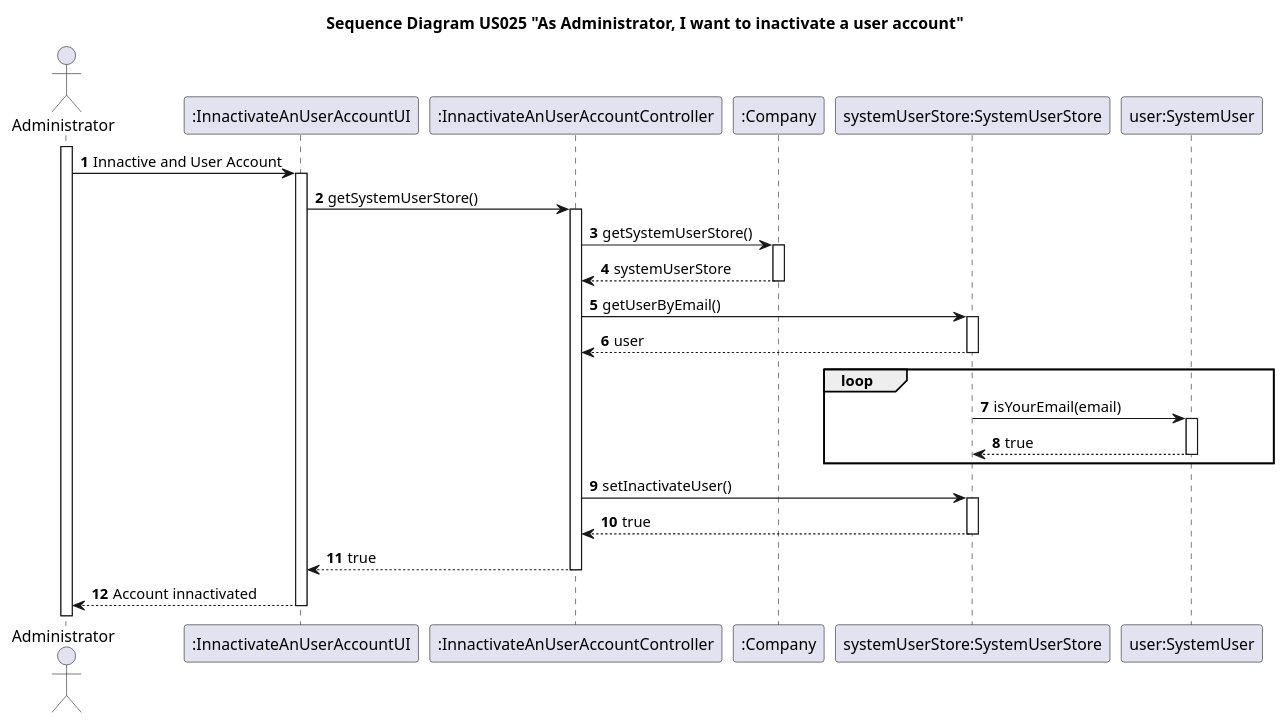
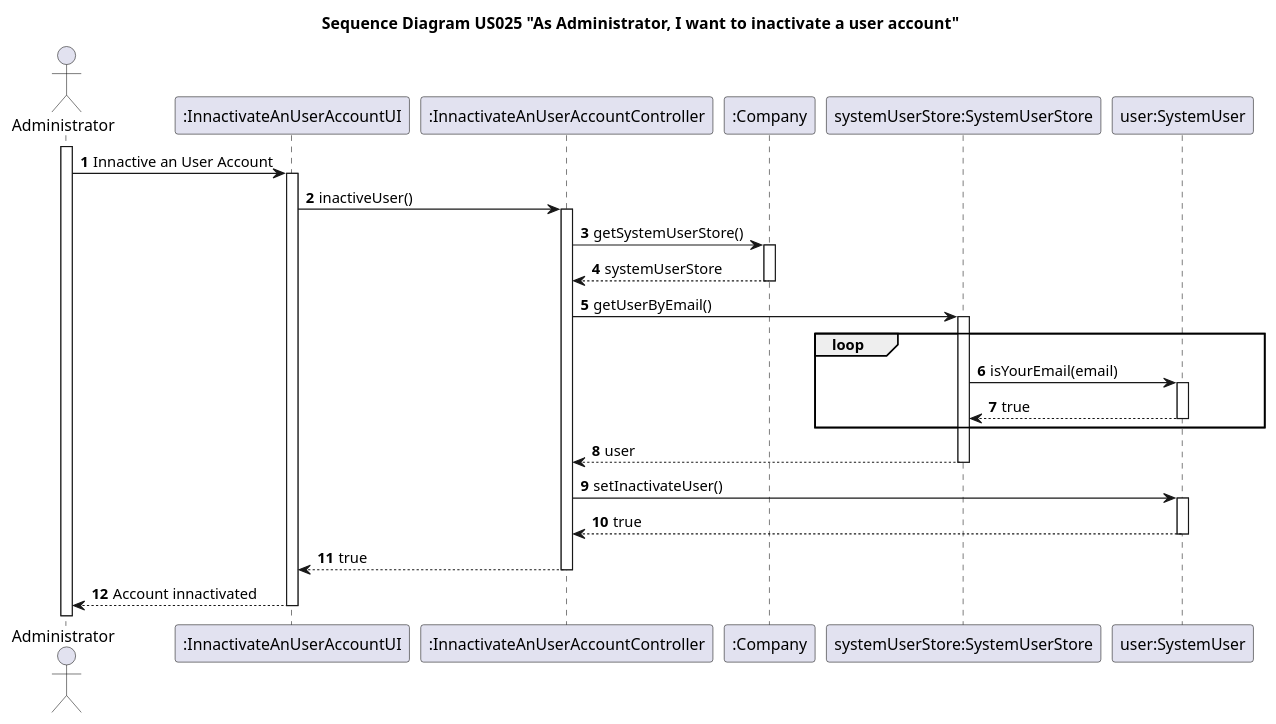
Before and after one commit to nunogon1211787/projectManagement: the diagram in docs/Sprint3/US025/US025-SD.puml, drawn with PlantUML. The commit also changed 5 other files, not shown here.

```diff
--- a/docs/Sprint3/US025/US025-SD.puml
+++ b/docs/Sprint3/US025/US025-SD.puml
@@ -1,34 +1,34 @@
 @startuml
 'https://plantuml.com/sequence-diagram
 
 title Sequence Diagram US025 "As Administrator, I want to inactivate a user account"
 
 autoactivate on
 autonumber
 
 actor "Administrator" as Administrator
 participant ":InnactivateAnUserAccountUI" as UI
 participant ":InnactivateAnUserAccountController" as Ctrl
 participant ":Company" as Company
 participant "systemUserStore:SystemUserStore" as SystemUserStore
 participant "user:SystemUser" as SystemUser
 
 
 activate "Administrator"
 
-"Administrator" -> UI: Innactive and User Account
-UI -> Ctrl: getSystemUserStore()
+"Administrator" -> UI: Innactive an User Account
+UI -> Ctrl: inactiveUser()
 Ctrl -> Company: getSystemUserStore()
 return systemUserStore
 Ctrl -> SystemUserStore : getUserByEmail()
-return user
 loop
 SystemUserStore-> SystemUser: isYourEmail(email)
 SystemUser --> SystemUserStore: true
 end
-Ctrl -> SystemUserStore : setInactivateUser()
-SystemUserStore --> Ctrl : true
+return user
+Ctrl -> SystemUser : setInactivateUser()
+SystemUser --> Ctrl : true
 Ctrl --> UI : true
 UI --> "Administrator": Account innactivated
 
 @enduml
```
